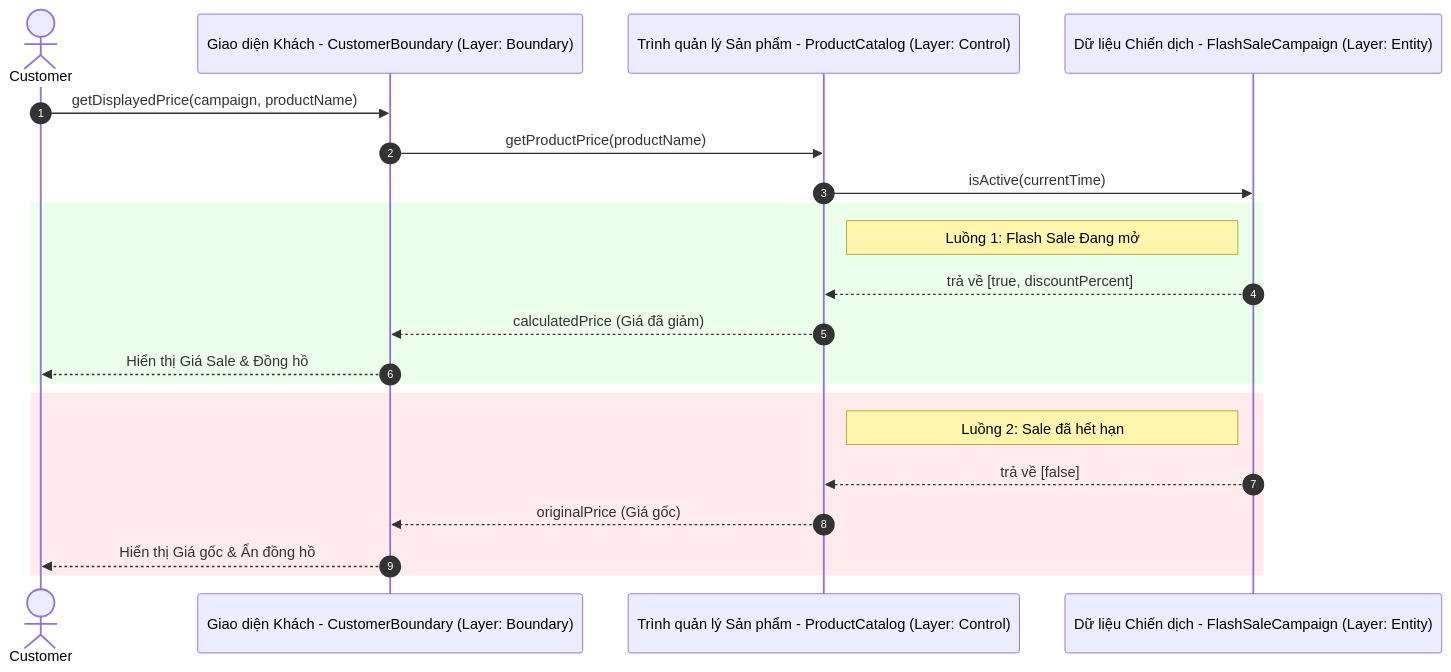
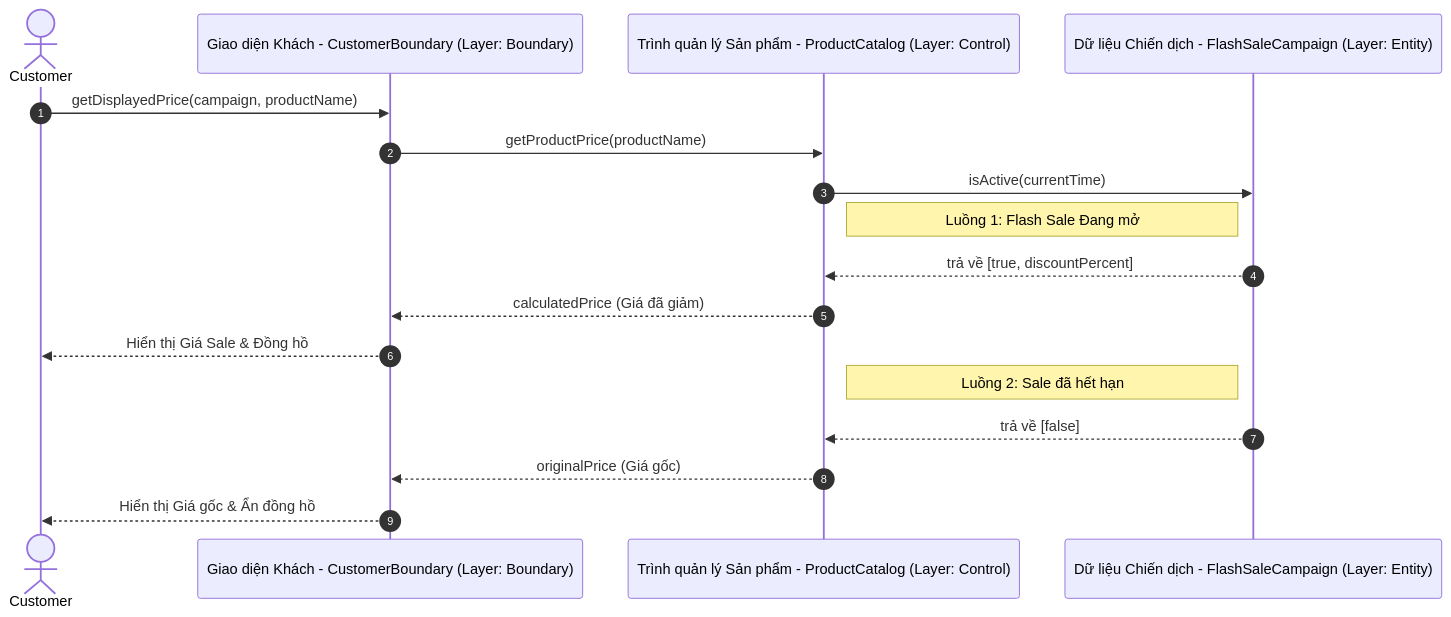
One commit to theihoz/flashsaledemo changed the first of 6 diagrams in flashsale_diagrams.md. Above: the diagram before and after it, drawn with Mermaid. The commit also changed other lines of this file, not shown here.

Commit message:
docs: update flash sale architecture diagrams to reflect recent flow changes

````diff
--- a/flashsale_diagrams.md
+++ b/flashsale_diagrams.md
@@ -18,26 +18,22 @@
 ```mermaid
 sequenceDiagram
     autonumber
     actor Customer
     participant Boundary as Giao diện Khách - CustomerBoundary (Layer: Boundary)
     participant Control as Trình quản lý Sản phẩm - ProductCatalog (Layer: Control)
     participant Entity as Dữ liệu Chiến dịch - FlashSaleCampaign (Layer: Entity)
 
     Customer->>Boundary: getDisplayedPrice(campaign, productName)
     Boundary->>Control: getProductPrice(productName)
     Control->>Entity: isActive(currentTime)
     
-    rect rgb(235, 255, 235)
         Note right of Control: Luồng 1: Flash Sale Đang mở
         Entity-->>Control: trả về [true, discountPercent]
         Control-->>Boundary: calculatedPrice (Giá đã giảm)
         Boundary-->>Customer: Hiển thị Giá Sale & Đồng hồ
-    end
-    
-    rect rgb(255, 235, 235)
+
         Note right of Control: Luồng 2: Sale đã hết hạn
         Entity-->>Control: trả về [false]
         Control-->>Boundary: originalPrice (Giá gốc)
         Boundary-->>Customer: Hiển thị Giá gốc & Ẩn đồng hồ
-    end
 ```
````
